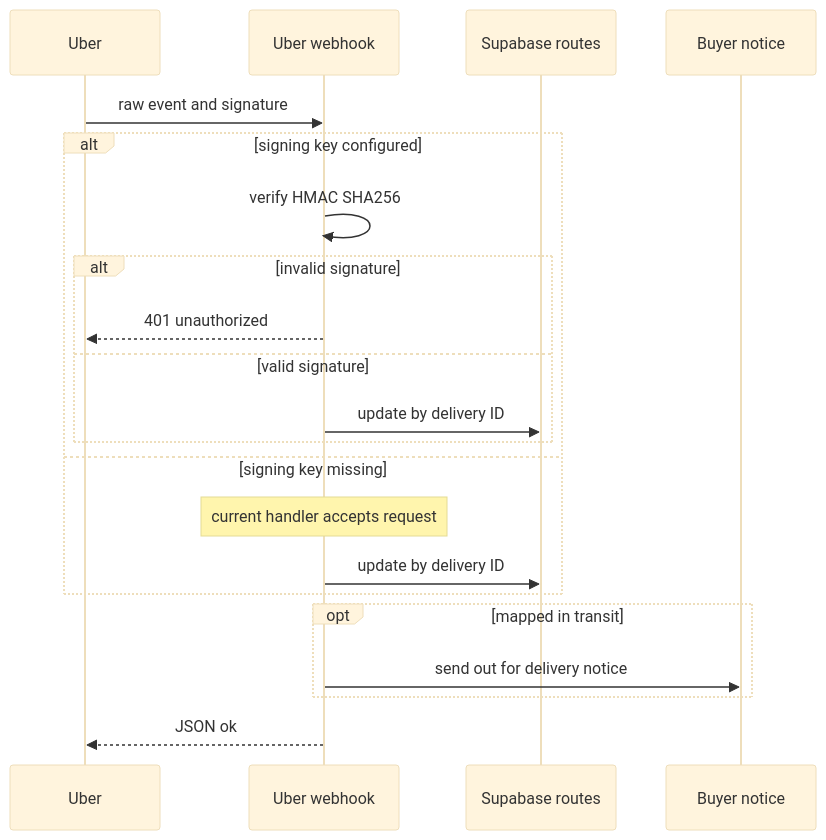
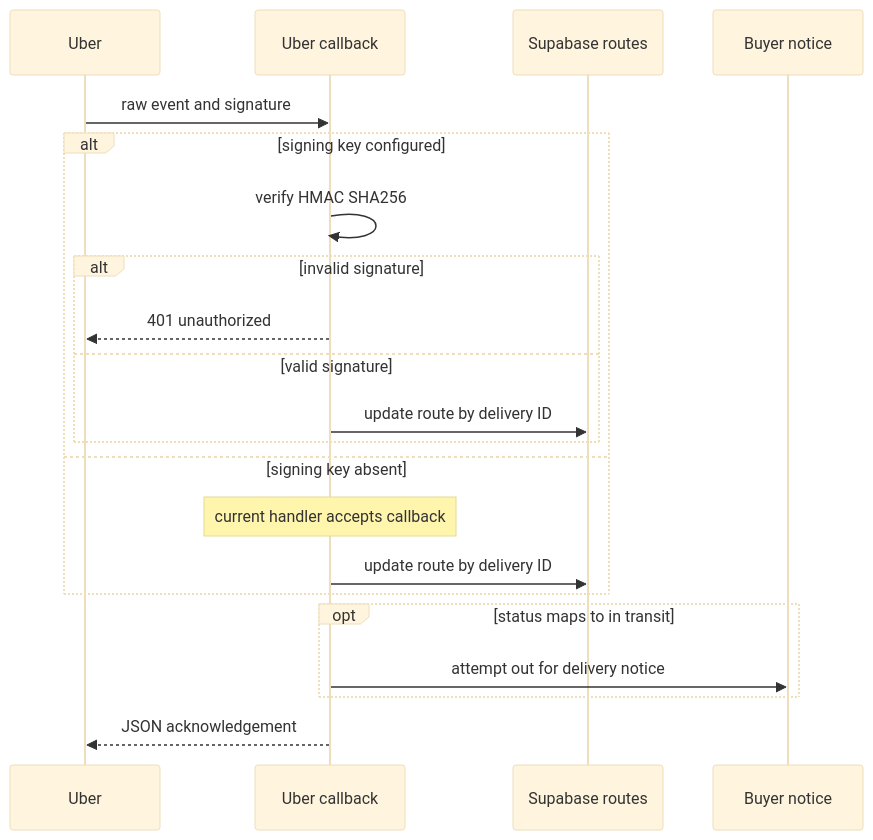
The second of 2 diagrams in openwiki/integrations/external-services-and-webhooks.md (Schneider-Gr/industria24hIA), drawn with Mermaid (base theme) before and after one commit. The commit also changed other lines of this file and 32 other files, not shown here.

````diff
--- a/openwiki/integrations/external-services-and-webhooks.md
+++ b/openwiki/integrations/external-services-and-webhooks.md
@@ -135,23 +151,23 @@
 ```mermaid
 sequenceDiagram
     participant Uber
-    participant Hook as Uber webhook
+    participant Hook as Uber callback
     participant DB as Supabase routes
     participant Alert as Buyer notice
     Uber->>Hook: raw event and signature
     alt signing key configured
         Hook->>Hook: verify HMAC SHA256
         alt invalid signature
             Hook-->>Uber: 401 unauthorized
         else valid signature
-            Hook->>DB: update by delivery ID
+            Hook->>DB: update route by delivery ID
         end
-    else signing key missing
-        Note over Hook: current handler accepts request
-        Hook->>DB: update by delivery ID
+    else signing key absent
+        Note over Hook: current handler accepts callback
+        Hook->>DB: update route by delivery ID
     end
-    opt mapped in transit
-        Hook->>Alert: send out for delivery notice
+    opt status maps to in transit
+        Hook->>Alert: attempt out for delivery notice
     end
-    Hook-->>Uber: JSON ok
+    Hook-->>Uber: JSON acknowledgement
 ```
````
